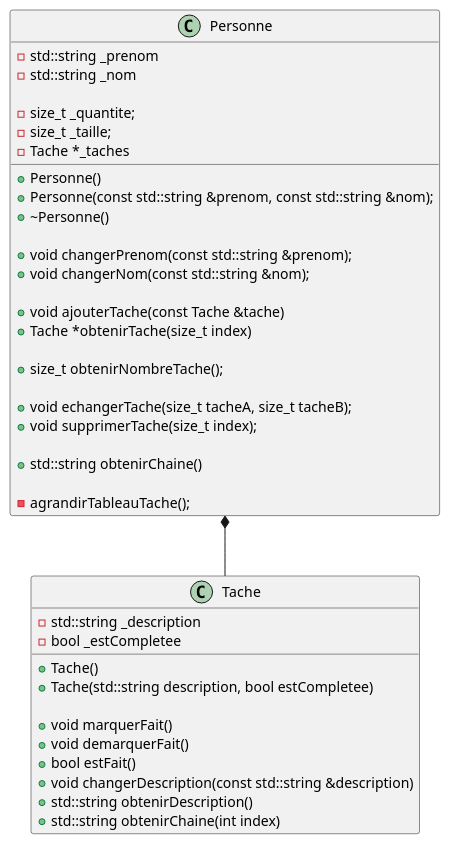
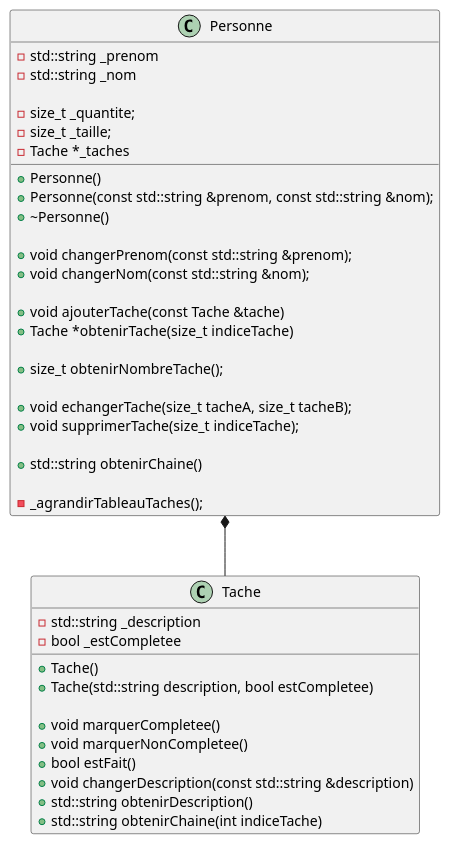
The fifth of 6 diagrams in laboratoires/lab02-oop1/consignes/lab02.md (plbrault/420-SF2-RE), drawn with PlantUML before and after one commit. The commit also changed other lines of this file and 5 other files, not shown here.

````diff
--- a/laboratoires/lab02-oop1/consignes/lab02.md
+++ b/laboratoires/lab02-oop1/consignes/lab02.md
@@ -521,48 +521,48 @@
 ```plantuml
 @startuml
 Personne *-- Tache
 
 class Tache {
     - std::string _description
     - bool _estCompletee
 
     + Tache()
     + Tache(std::string description, bool estCompletee)
 
-    + void marquerFait()
-    + void demarquerFait()
+    + void marquerCompletee()
+    + void marquerNonCompletee()
     + bool estFait()
     + void changerDescription(const std::string &description)
     + std::string obtenirDescription()
-    + std::string obtenirChaine(int index)
+    + std::string obtenirChaine(int indiceTache)
 }
 
 class Personne {
     - std::string _prenom
     - std::string _nom
 
     - size_t _quantite;
     - size_t _taille;
     - Tache *_taches
 
     + Personne()
     + Personne(const std::string &prenom, const std::string &nom);
     + ~Personne()
 
     + void changerPrenom(const std::string &prenom);
     + void changerNom(const std::string &nom);
 
     + void ajouterTache(const Tache &tache)
-    + Tache *obtenirTache(size_t index)
+    + Tache *obtenirTache(size_t indiceTache)
     
     + size_t obtenirNombreTache();
 
     + void echangerTache(size_t tacheA, size_t tacheB);
-    + void supprimerTache(size_t index);
+    + void supprimerTache(size_t indiceTache);
 
     + std::string obtenirChaine()
 
-    - agrandirTableauTache();
+    - _agrandirTableauTaches();
 }
 @enduml
 ```
````
